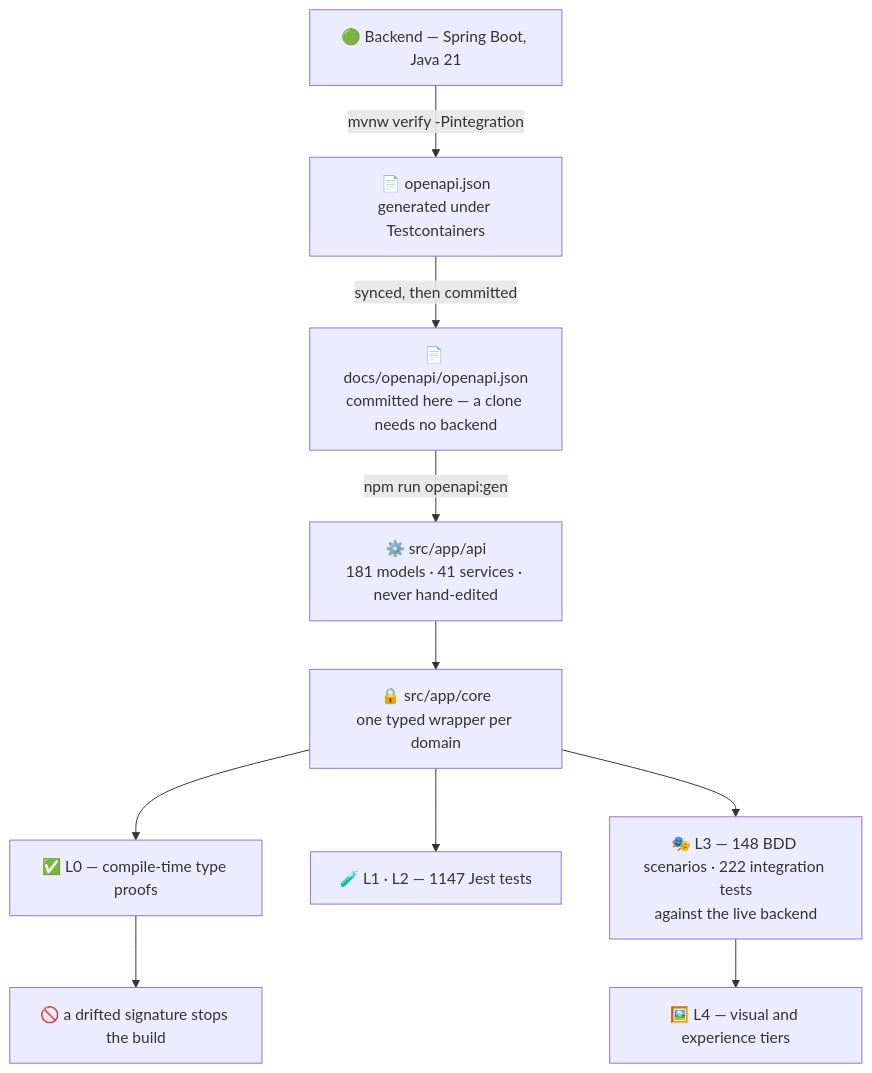
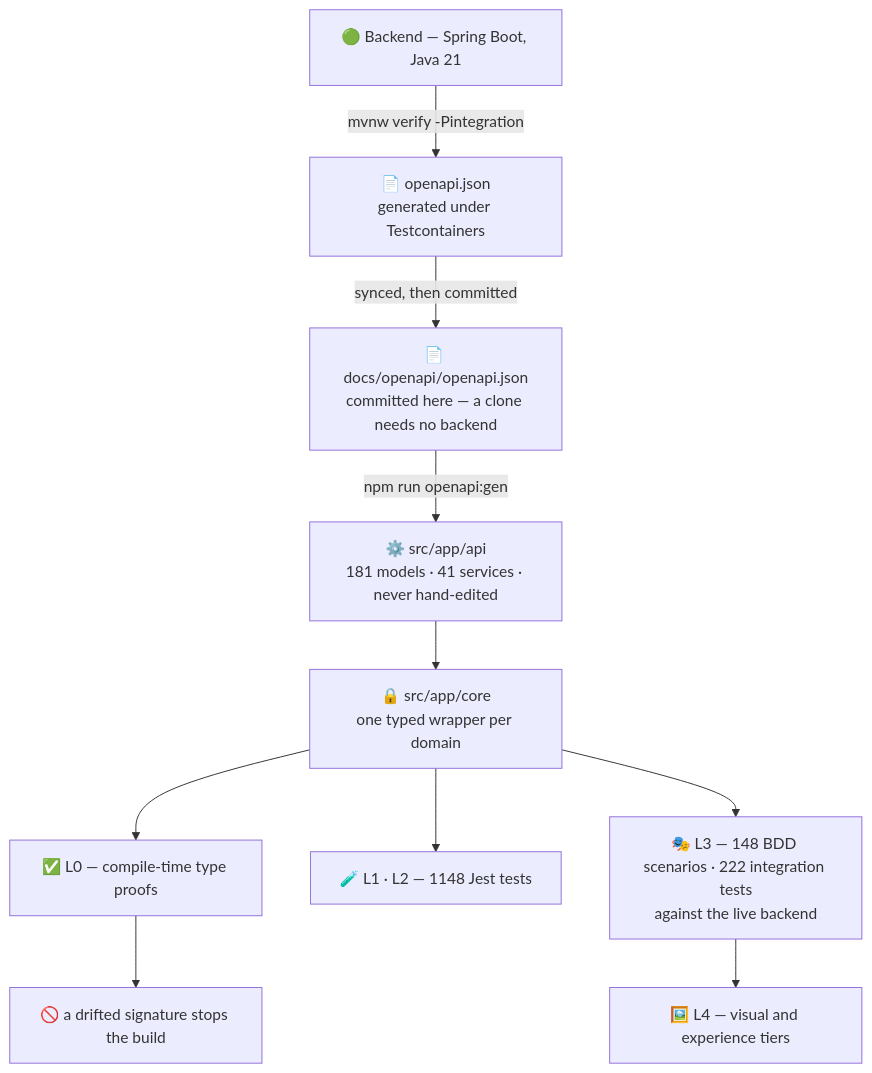
One commit to Check-It-Out-Dev/checkitout-frontend changed the diagram in README.md. Above: the diagram before and after it, drawn with Mermaid. The commit also changed other lines of this file and 10 other files, not shown here.

````diff
--- a/README.md
+++ b/README.md
@@ -288,23 +288,23 @@
 ```mermaid
 flowchart TD
     A["🟢 Backend — Spring Boot, Java 21"]
     B["📄 openapi.json<br/>generated under Testcontainers"]
     C["📄 docs/openapi/openapi.json<br/>committed here — a clone needs no backend"]
     D["⚙️ src/app/api<br/>181 models · 41 services · never hand-edited"]
     E["🔒 src/app/core<br/>one typed wrapper per domain"]
     F["✅ L0 — compile-time type proofs"]
-    G["🧪 L1 · L2 — 1147 Jest tests"]
+    G["🧪 L1 · L2 — 1148 Jest tests"]
     H["🎭 L3 — 148 BDD scenarios · 222 integration tests<br/>against the live backend"]
     I["🚫 a drifted signature stops the build"]
     J["🖼️ L4 — visual and experience tiers"]
 
     A -->|"mvnw verify -Pintegration"| B
     B -->|"synced, then committed"| C
     C -->|"npm run openapi:gen"| D
     D --> E
     E --> F
     E --> G
     E --> H
     F --> I
     H --> J
 ```
````
